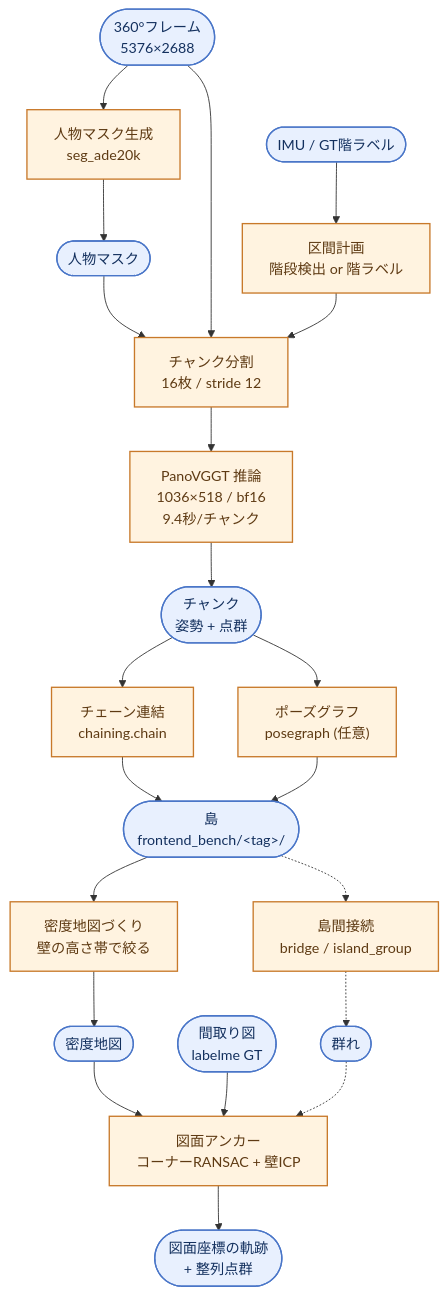
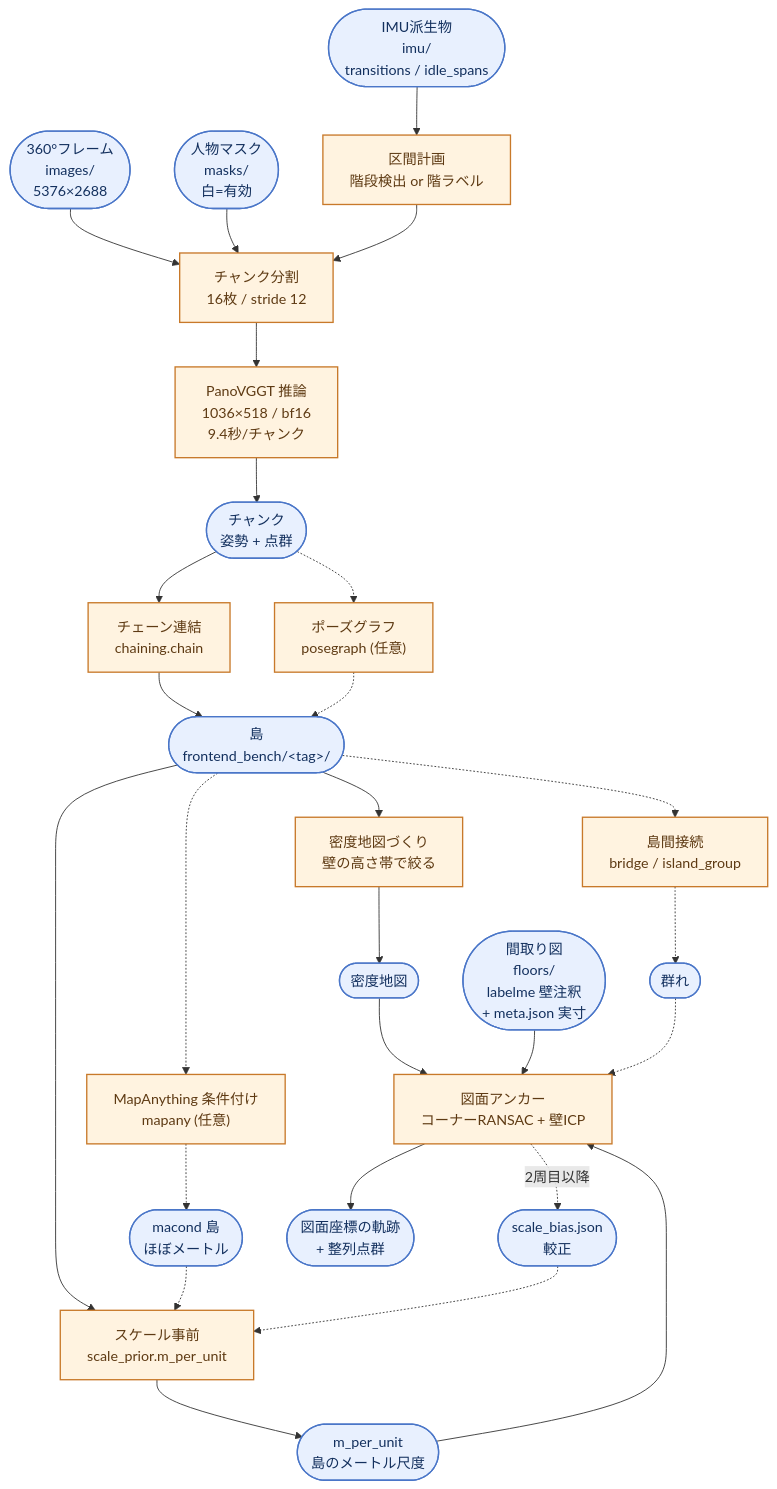
The first of 2 diagrams in recon3d/PIPELINE.md (SoftRoid-Inc/reconstruction3d_experimental), drawn with Mermaid before and after one commit. The commit also changed other lines of this file and 3 other files, not shown here.

````diff
--- a/recon3d/PIPELINE.md
+++ b/recon3d/PIPELINE.md
@@ -15,36 +15,46 @@
 ```mermaid
 flowchart TD
-    IMG(["360°フレーム<br/>5376×2688"]):::data
-    PLAN(["間取り図<br/>labelme GT"]):::data
-    IMU(["IMU / GT階ラベル"]):::data
+    IMG(["360°フレーム<br/>images/<br/>5376×2688"]):::data
+    MASKD(["人物マスク<br/>masks/<br/>白=有効"]):::data
+    IMU(["IMU派生物<br/>imu/<br/>transitions / idle_spans"]):::data
+    PLAN(["間取り図<br/>floors/<br/>labelme 壁注釈<br/>+ meta.json 実寸"]):::data
 
-    MASK["人物マスク生成<br/>seg_ade20k"]:::proc
-    MASKD(["人物マスク"]):::data
     SEG["区間計画<br/>階段検出 or 階ラベル"]:::proc
     CHUNK["チャンク分割<br/>16枚 / stride 12"]:::proc
     INFER["PanoVGGT 推論<br/>1036×518 / bf16<br/>9.4秒/チャンク"]:::proc
     CHUNKD(["チャンク<br/>姿勢 + 点群"]):::data
     CHAIN["チェーン連結<br/>chaining.chain"]:::proc
     PG["ポーズグラフ<br/>posegraph (任意)"]:::proc
     ISL(["島<br/>frontend_bench/&lt;tag&gt;/"]):::data
     BRIDGE["島間接続<br/>bridge / island_group"]:::proc
     GRP(["群れ"]):::data
     DENS["密度地図づくり<br/>壁の高さ帯で絞る"]:::proc
     DENSD(["密度地図"]):::data
+
+    MA["MapAnything 条件付け<br/>mapany (任意)"]:::proc
+    MACOND(["macond 島<br/>ほぼメートル"]):::data
+    SP["スケール事前<br/>scale_prior.m_per_unit"]:::proc
+    MPU(["m_per_unit<br/>島のメートル尺度"]):::data
+    CALIB(["scale_bias.json<br/>較正"]):::data
+
     ANCHOR["図面アンカー<br/>コーナーRANSAC + 壁ICP"]:::proc
     OUT(["図面座標の軌跡<br/>+ 整列点群"]):::data
 
-    IMG --> MASK --> MASKD --> CHUNK
     IMG --> CHUNK
+    MASKD --> CHUNK
     IMU --> SEG --> CHUNK
     CHUNK --> INFER --> CHUNKD
     CHUNKD --> CHAIN --> ISL
-    CHUNKD --> PG --> ISL
+    CHUNKD -.-> PG -.-> ISL
     ISL --> DENS --> DENSD --> ANCHOR
     PLAN --> ANCHOR
+    ISL --> SP --> MPU --> ANCHOR
+    ISL -.-> MA -.-> MACOND -.-> SP
+    CALIB -.-> SP
     ANCHOR --> OUT
+    ANCHOR -. "2周目以降" .-> CALIB
     ISL -.-> BRIDGE -.-> GRP -.-> ANCHOR
 
     classDef data fill:#e8f0fe,stroke:#4a76c8,stroke-width:1.5px,color:#13305e
     classDef proc fill:#fff3e0,stroke:#c8792a,stroke-width:1.5px,color:#5e3a13
 ```
````
